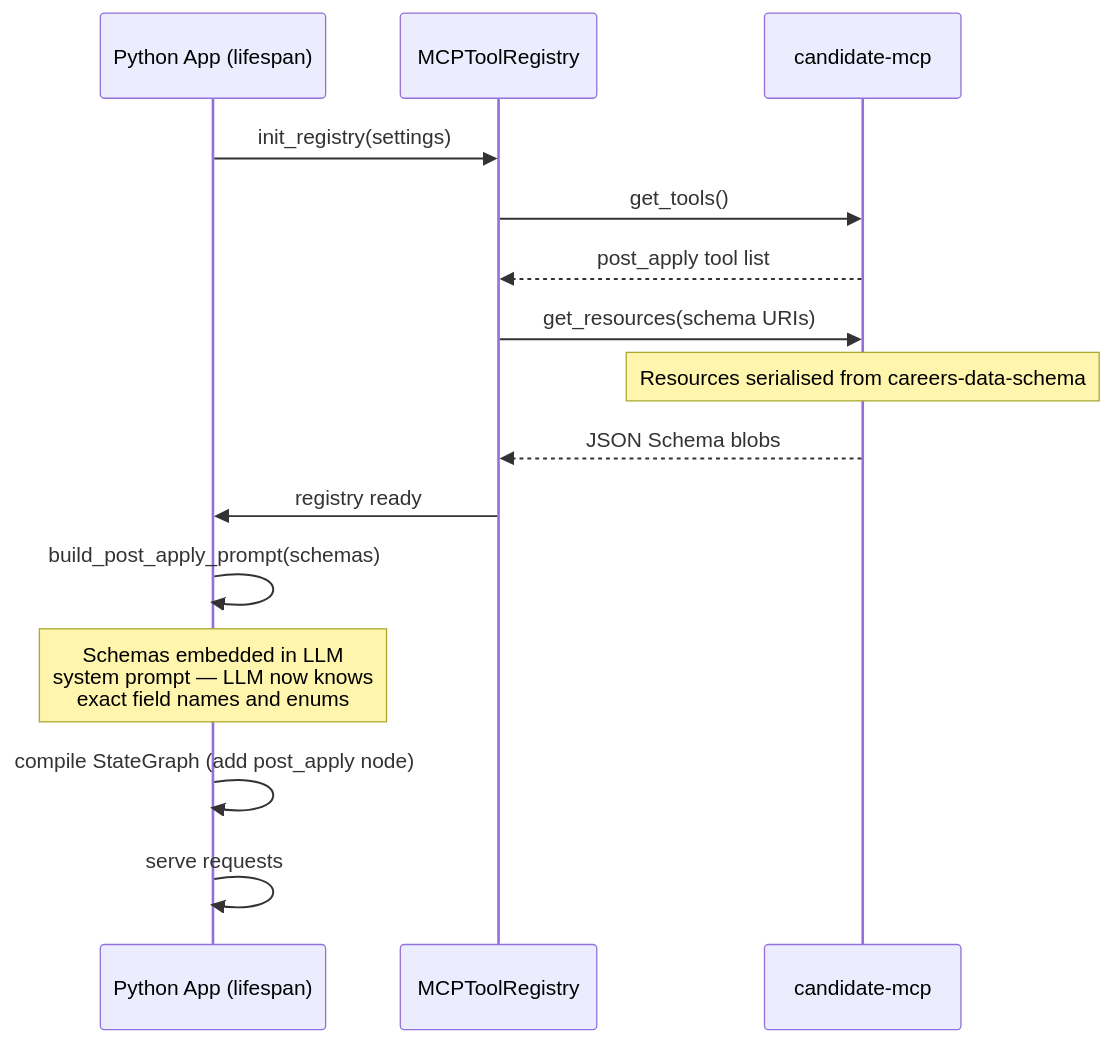
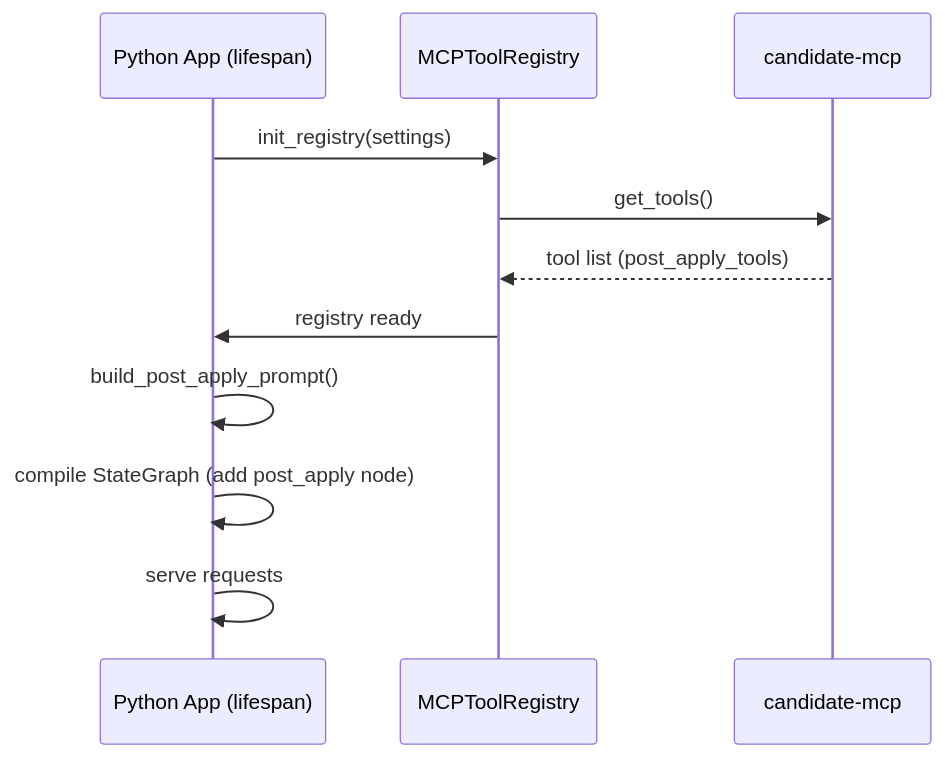
One commit to venkat-raman17/candidate-agent changed diagram 14 of 30 in LLD_POST_APPLY_ASSISTANT.md. Above: the diagram before and after it, drawn with Mermaid. The commit also changed other lines of this file, not shown here.

````diff
--- a/LLD_POST_APPLY_ASSISTANT.md
+++ b/LLD_POST_APPLY_ASSISTANT.md
@@ -917,18 +903,14 @@
 ```mermaid
 sequenceDiagram
     participant App as Python App (lifespan)
     participant Reg as MCPToolRegistry
     participant CMCP as candidate-mcp
 
     App->>Reg: init_registry(settings)
     Reg->>CMCP: get_tools()
-    CMCP-->>Reg: post_apply tool list
-    Reg->>CMCP: get_resources(schema URIs)
-    note over CMCP: Resources serialised from careers-data-schema
-    CMCP-->>Reg: JSON Schema blobs
+    CMCP-->>Reg: tool list (post_apply_tools)
     Reg->>App: registry ready
-    App->>App: build_post_apply_prompt(schemas)
-    note over App: Schemas embedded in LLM<br/>system prompt — LLM now knows<br/>exact field names and enums
+    App->>App: build_post_apply_prompt()
     App->>App: compile StateGraph (add post_apply node)
     App->>App: serve requests
 ```
````
